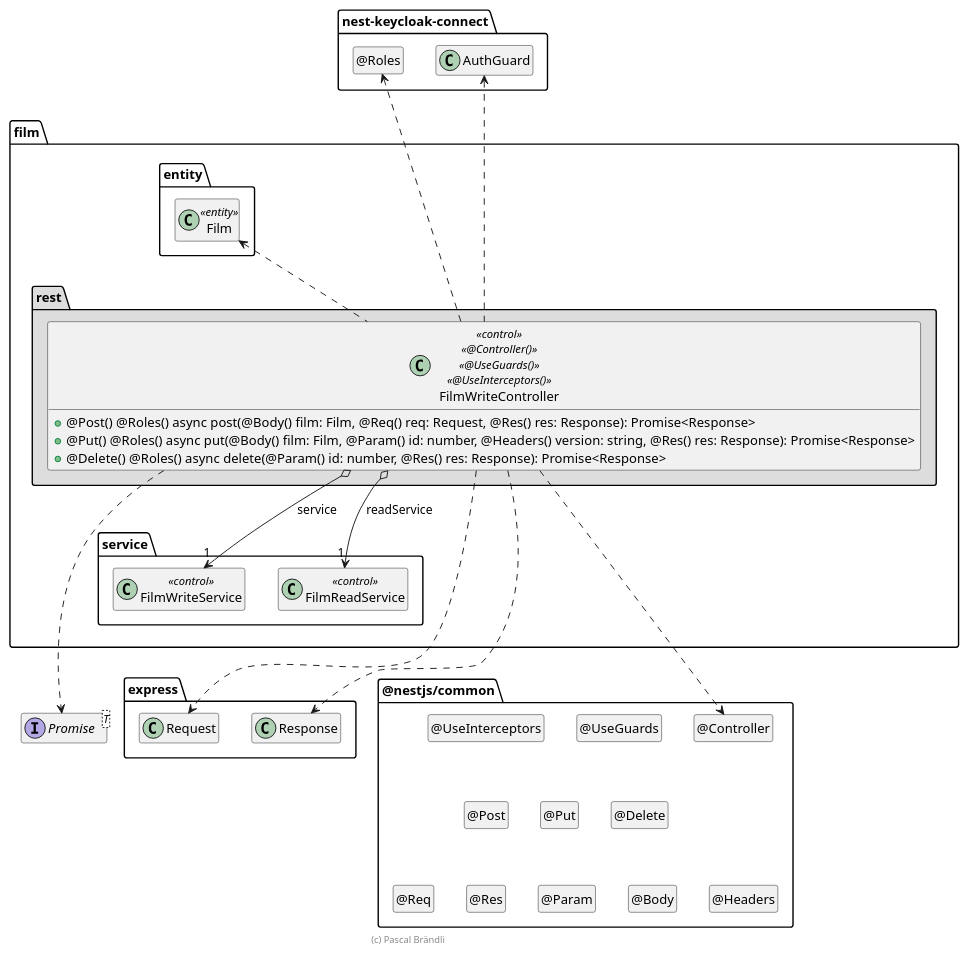
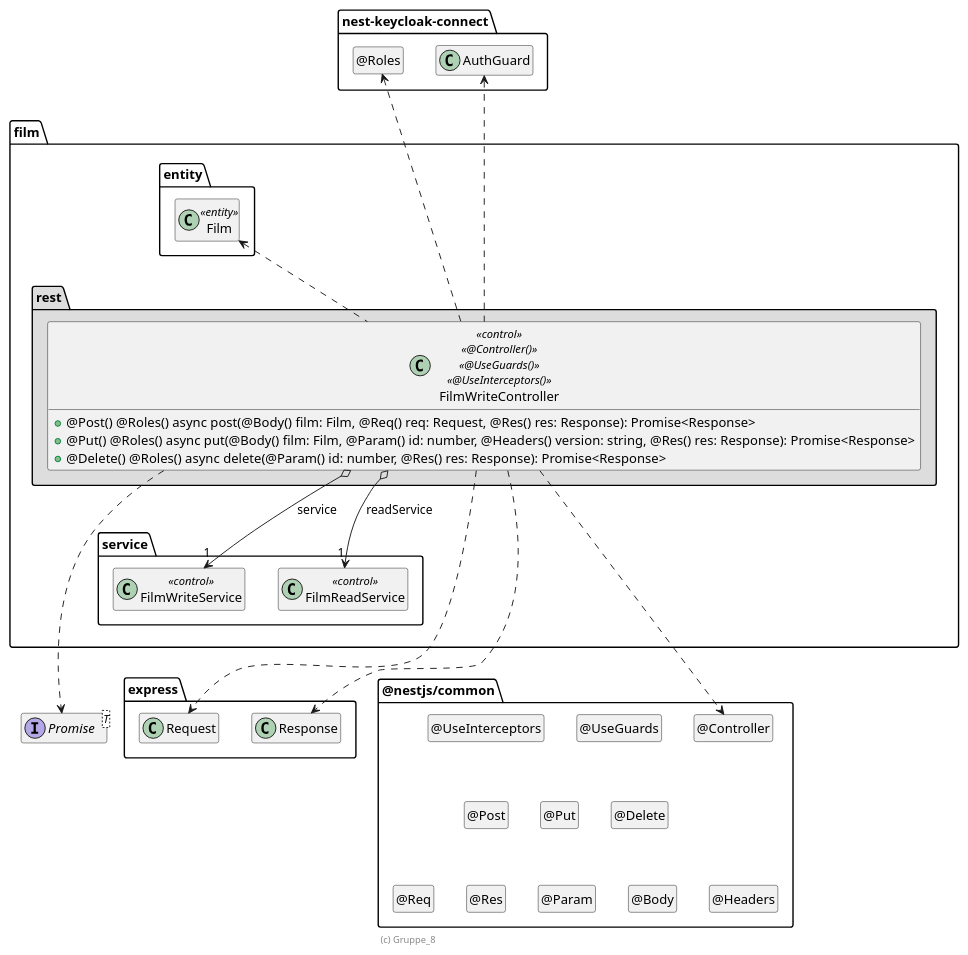
The diagram in .extras/doc/projekthandbuch/FilmWriteController.plantuml (Braendli98/Film), drawn with PlantUML before and after one commit. The commit also changed 11 other files, not shown here.

```diff
--- a/.extras/doc/projekthandbuch/FilmWriteController.plantuml
+++ b/.extras/doc/projekthandbuch/FilmWriteController.plantuml
@@ -3,107 +3,107 @@
 @startuml Controller-Klasse
 
 interface Promise<T>
 
 package @nestjs/common {
   class "@Controller" as Controller
   hide Controller circle
 
   class "@UseGuards" as UseGuards
   hide UseGuards circle
 
   class "@UseInterceptors" as UseInterceptors
   hide UseInterceptors circle
 
   class "@Post" as Post
   hide Post circle
 
   class "@Put" as Put
   hide Put circle
 
   class "@Delete" as Delete
   hide Delete circle
 
   class "@Req" as Req
   hide Req circle
 
   class "@Res" as Res
   hide Res circle
 
   class "@Param" as Param
   hide Param circle
 
   class "@Body" as Body
   hide Body circle
 
   class "@Headers" as Headers
   hide Headers circle
 
   UseInterceptors .[hidden].> Post
   UseInterceptors .[hidden].> Put
   UseInterceptors .[hidden].> Delete
 
   Post .[hidden].> Req
   Post .[hidden].> Res
   Post .[hidden].> Param
   Post .[hidden].> Body
   Post .[hidden].> Headers
 }
 
 package nest-keycloak-connect {
   class AuthGuard
 
   class "@Roles" as Roles
   hide Roles circle
 }
 
 package express {
   class Request
   class Response
 
   Response .right[hidden].> Controller
 }
 
 package film {
   package entity #FFFFFF {
     class Film <<entity>>
 
     Film .[hidden].> Promise
     Film .[hidden].> Request
   }
 
   package service {
     class FilmWriteService << control >>
     class FilmReadService << control >>
   }
 
   package rest #DDDDDD {
     class FilmWriteController << control >> << @Controller() >> << @UseGuards() >> << @UseInterceptors() >> {
       + @Post() @Roles() async post(@Body() film: Film, @Req() req: Request,  @Res() res: Response): Promise<Response>
       + @Put() @Roles() async put(@Body() film: Film, @Param() id: number, @Headers() version: string, @Res() res: Response): Promise<Response>
       + @Delete() @Roles() async delete(@Param() id: number, @Res() res: Response): Promise<Response>
     }
 
     FilmWriteController o--> "1" FilmWriteService : service
     FilmWriteController o--> "1" FilmReadService : readService
     FilmWriteController ..up> Film
 
     FilmWriteController ..> Controller
 
     FilmWriteController .up.> AuthGuard
     FilmWriteController .up.> Roles
 
     FilmWriteController ..> Request
     FilmWriteController ..> Response
     FilmWriteController ..> Promise
 
     Film .up[hidden].> Roles
     FilmWriteService .[hidden].> Request
     FilmWriteService .[hidden].> Promise
   }
 }
 
 hide empty members
 
-footer (c) Pascal Brändli
+footer (c) Gruppe_8
 
 @enduml
```
